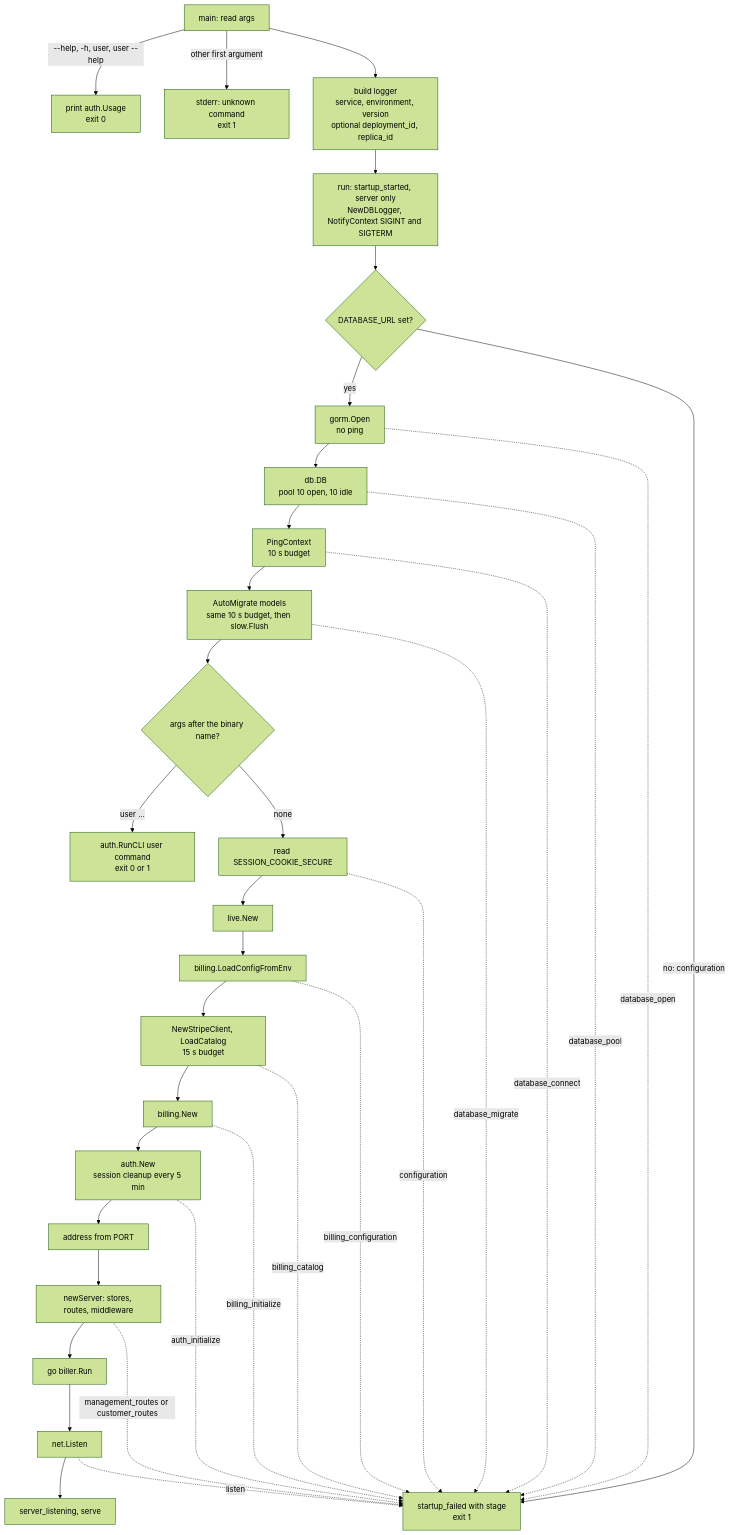
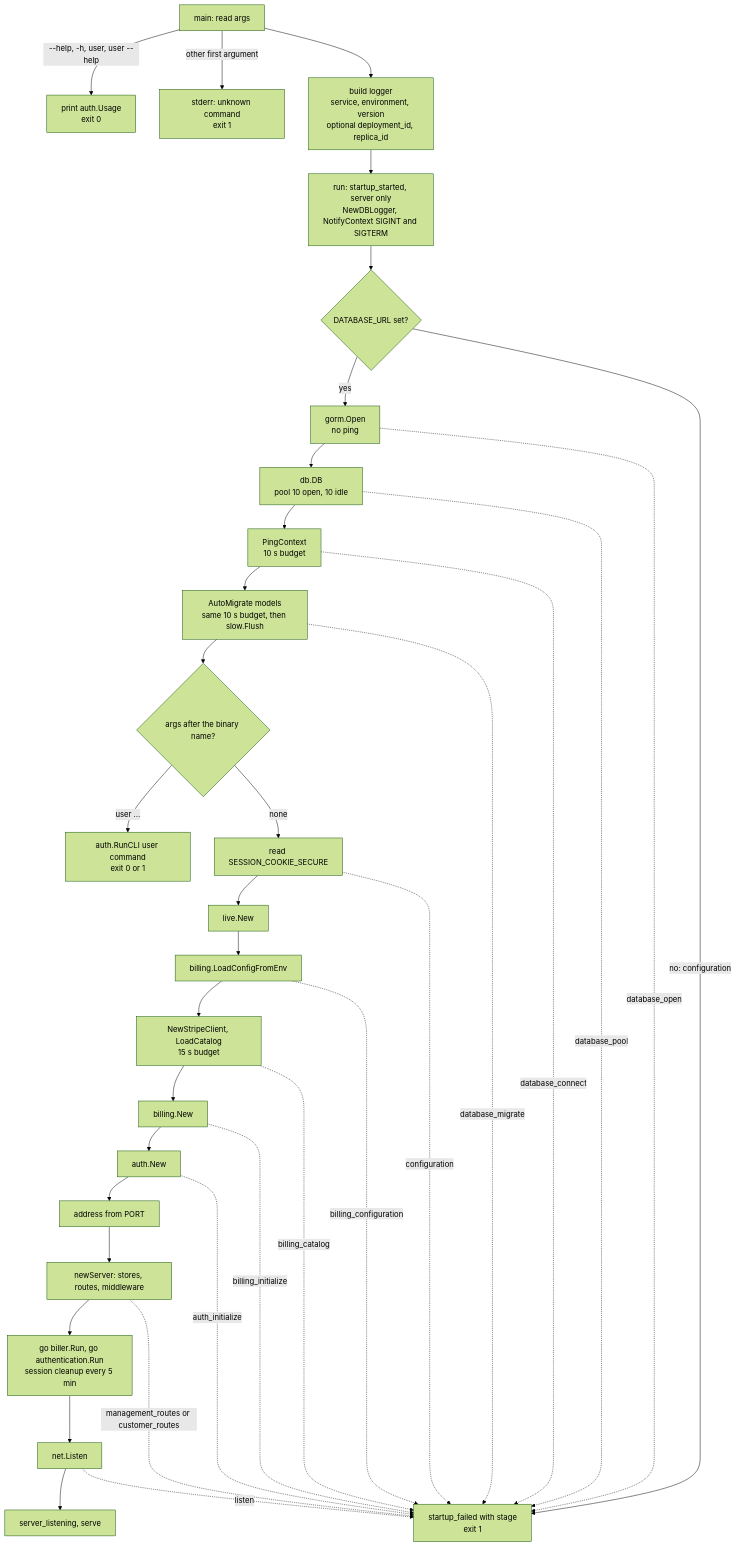
The first of 2 diagrams in docs/operations/startup-shutdown.md (devGabriel131/ProjectHermes), drawn with Mermaid (forest theme) before and after one commit. The commit also changed other lines of this file and 97 other files, not shown here.

````diff
--- a/docs/operations/startup-shutdown.md
+++ b/docs/operations/startup-shutdown.md
@@ -7,46 +7,46 @@
 ```mermaid
 flowchart TD
   args["main: read args"]
   help["print auth.Usage\nexit 0"]
   unknown["stderr: unknown command\nexit 1"]
   logger["build logger\nservice, environment, version\noptional deployment_id, replica_id"]
   begin["run: startup_started, server only\nNewDBLogger, NotifyContext SIGINT and SIGTERM"]
   dsn{"DATABASE_URL set?"}
   open["gorm.Open\nno ping"]
   pool["db.DB\npool 10 open, 10 idle"]
   ping["PingContext\n10 s budget"]
   migrate["AutoMigrate models\nsame 10 s budget, then slow.Flush"]
   branch{"args after the binary name?"}
   cli["auth.RunCLI user command\nexit 0 or 1"]
   cookie["read SESSION_COOKIE_SECURE"]
   feed["live.New"]
   cfg["billing.LoadConfigFromEnv"]
   catalog["NewStripeClient, LoadCatalog\n15 s budget"]
   biller["billing.New"]
-  authm["auth.New\nsession cleanup every 5 min"]
+  authm["auth.New"]
   addr["address from PORT"]
   server["newServer: stores, routes, middleware"]
-  worker["go biller.Run"]
+  worker["go biller.Run, go authentication.Run\nsession cleanup every 5 min"]
   listen["net.Listen"]
   serve["server_listening, serve"]
   fail["startup_failed with stage\nexit 1"]
 
   args -->|"--help, -h, user, user --help"| help
   args -->|"other first argument"| unknown
   args --> logger --> begin --> dsn
   dsn -->|"no: configuration"| fail
   dsn -->|"yes"| open --> pool --> ping --> migrate --> branch
   open -.->|"database_open"| fail
   pool -.->|"database_pool"| fail
   ping -.->|"database_connect"| fail
   migrate -.->|"database_migrate"| fail
   branch -->|"user ..."| cli
   branch -->|"none"| cookie --> feed --> cfg --> catalog --> biller --> authm --> addr --> server --> worker --> listen --> serve
   cookie -.->|"configuration"| fail
   cfg -.->|"billing_configuration"| fail
   catalog -.->|"billing_catalog"| fail
   biller -.->|"billing_initialize"| fail
   authm -.->|"auth_initialize"| fail
   server -.->|"management_routes or customer_routes"| fail
   listen -.->|"listen"| fail
 ```
````
